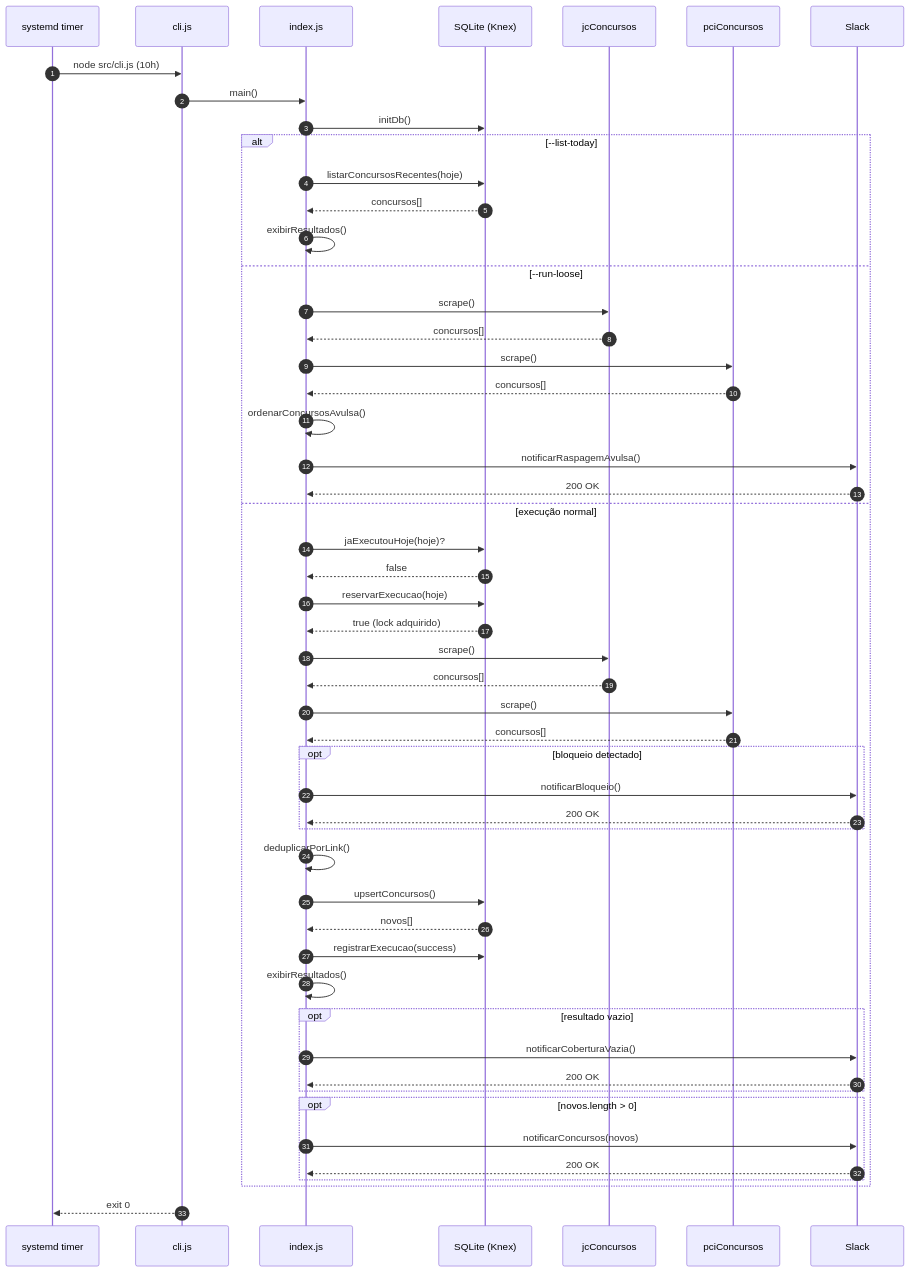
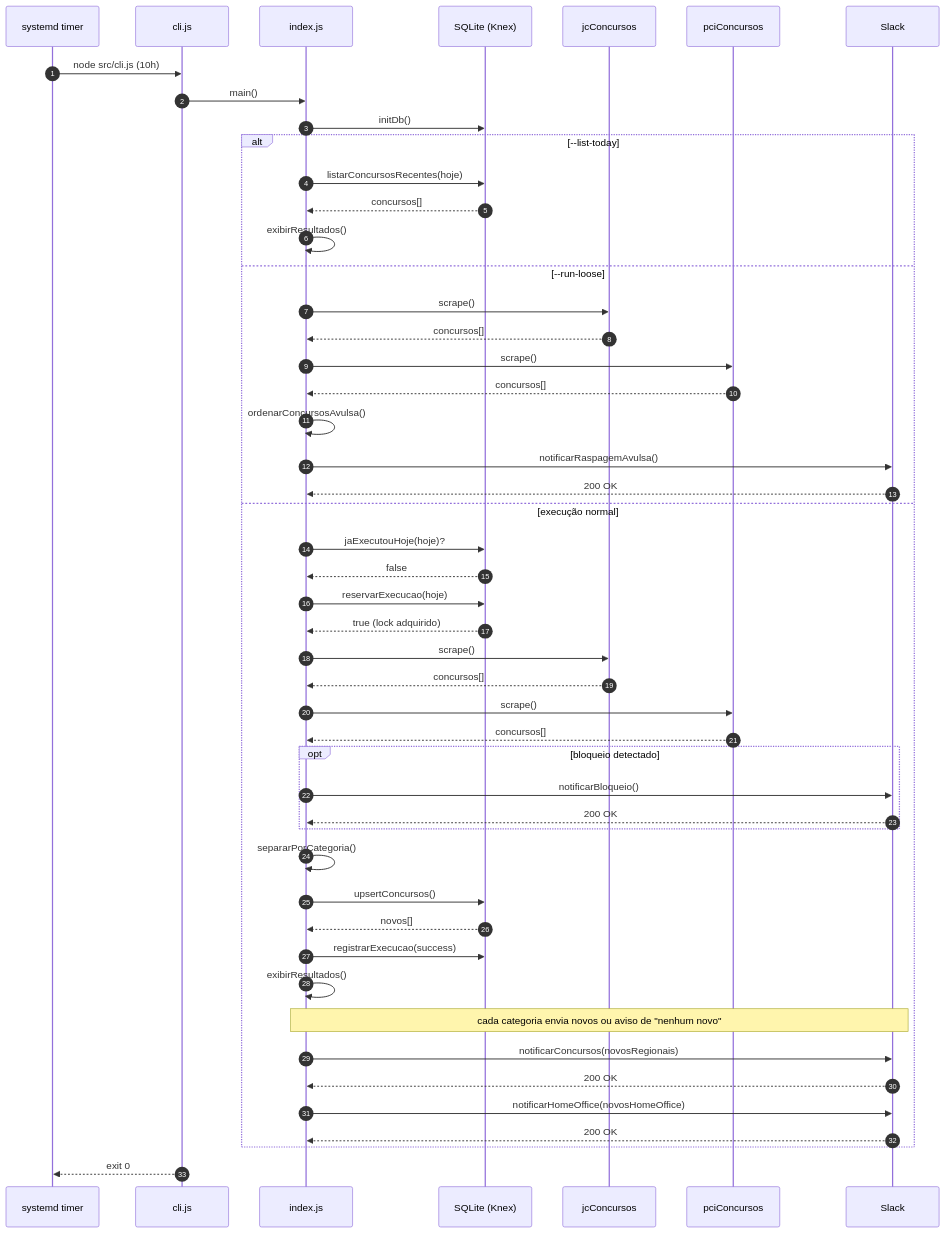
The second of 2 diagrams in README.md (jonatasbueno/web-crawler-para-buscar-concursos), drawn with Mermaid before and after one commit. The commit also changed other lines of this file and 14 other files, not shown here.

First line of the commit message:
Enhance crawler functionality to support home office job listings

````diff
--- a/README.md
+++ b/README.md
@@ -176,65 +173,62 @@
 ```mermaid
 sequenceDiagram
     autonumber
     participant Timer as systemd timer
     participant CLI as cli.js
     participant IDX as index.js
     participant DB as SQLite (Knex)
     participant JC as jcConcursos
     participant PCI as pciConcursos
     participant SL as Slack
 
     Timer->>CLI: node src/cli.js (10h)
     CLI->>IDX: main()
     IDX->>DB: initDb()
 
     alt --list-today
         IDX->>DB: listarConcursosRecentes(hoje)
         DB-->>IDX: concursos[]
         IDX->>IDX: exibirResultados()
     else --run-loose
         IDX->>JC: scrape()
         JC-->>IDX: concursos[]
         IDX->>PCI: scrape()
         PCI-->>IDX: concursos[]
         IDX->>IDX: ordenarConcursosAvulsa()
         IDX->>SL: notificarRaspagemAvulsa()
         SL-->>IDX: 200 OK
     else execução normal
         IDX->>DB: jaExecutouHoje(hoje)?
         DB-->>IDX: false
 
         IDX->>DB: reservarExecucao(hoje)
         DB-->>IDX: true (lock adquirido)
 
         IDX->>JC: scrape()
         JC-->>IDX: concursos[]
 
         IDX->>PCI: scrape()
         PCI-->>IDX: concursos[]
 
         opt bloqueio detectado
             IDX->>SL: notificarBloqueio()
             SL-->>IDX: 200 OK
         end
 
-        IDX->>IDX: deduplicarPorLink()
+        IDX->>IDX: separarPorCategoria()
         IDX->>DB: upsertConcursos()
         DB-->>IDX: novos[]
 
         IDX->>DB: registrarExecucao(success)
         IDX->>IDX: exibirResultados()
 
-        opt resultado vazio
-            IDX->>SL: notificarCoberturaVazia()
-            SL-->>IDX: 200 OK
-        end
+        Note over IDX,SL: cada categoria envia novos ou aviso de "nenhum novo"
+        IDX->>SL: notificarConcursos(novosRegionais)
+        SL-->>IDX: 200 OK
 
-        opt novos.length > 0
-            IDX->>SL: notificarConcursos(novos)
-            SL-->>IDX: 200 OK
-        end
+        IDX->>SL: notificarHomeOffice(novosHomeOffice)
+        SL-->>IDX: 200 OK
     end
 
     CLI-->>Timer: exit 0
 ```
````
